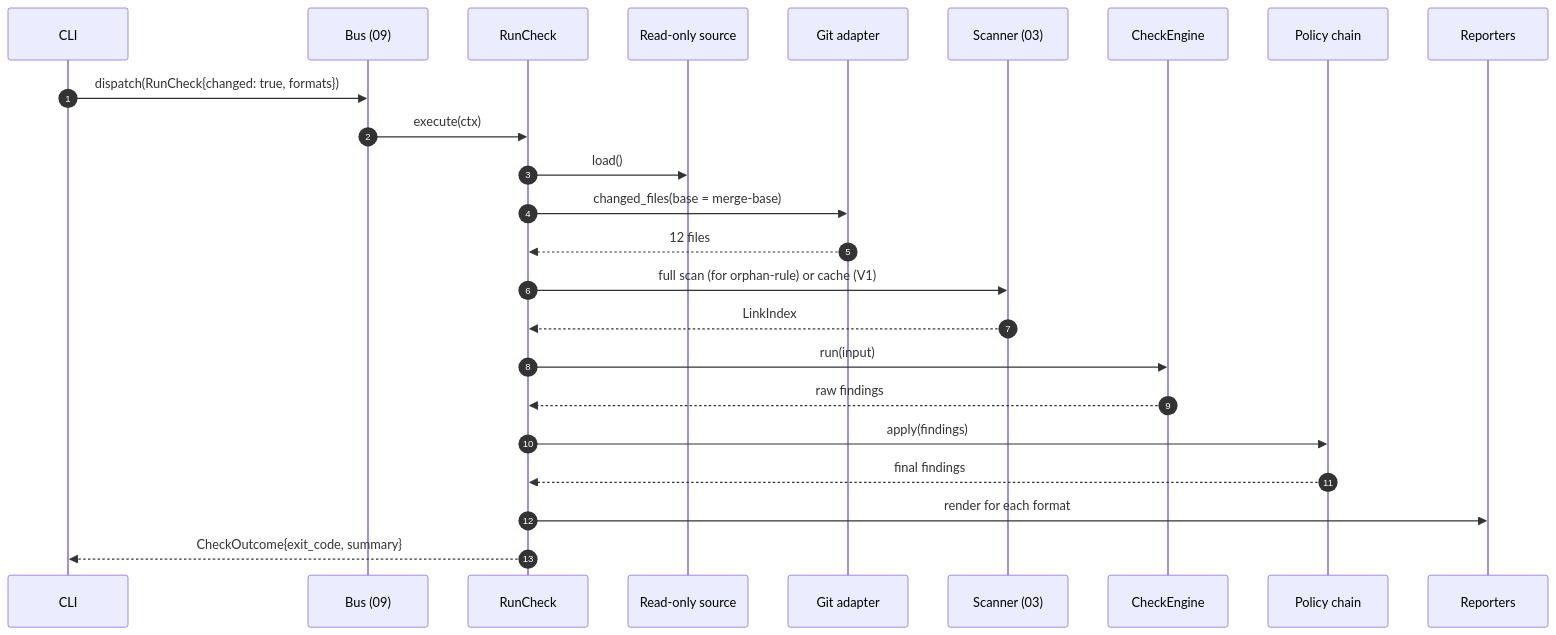
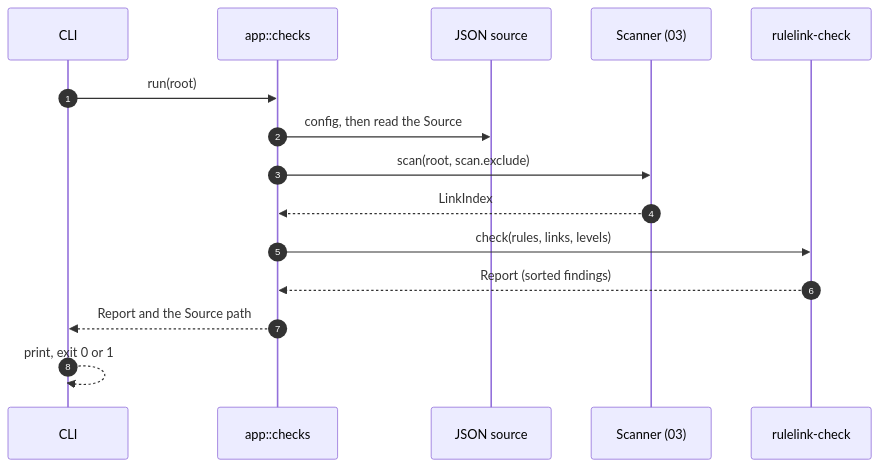
Before and after one commit to E-Jacques/Rulelink: the fourth of 5 diagrams in docs/architecture/04-checks.md, drawn with Mermaid. The commit also changed other lines of this file and 42 other files, not shown here.

First line of the commit message:
feat(cli): add rulelink check, reporting broken links between Rules and code (#62)

````diff
--- a/docs/architecture/04-checks.md
+++ b/docs/architecture/04-checks.md
@@ -231,27 +217,18 @@
 ```mermaid
 sequenceDiagram
     autonumber
     participant CLI
-    participant BUS as Bus (09)
-    participant RC as RunCheck
-    participant SRC as Read-only source
-    participant GIT as Git adapter
+    participant APP as app::checks
+    participant SRC as JSON source
     participant LNK as Scanner (03)
-    participant ENG as CheckEngine
-    participant POL as Policy chain
-    participant REP as Reporters
+    participant ENG as rulelink-check
 
-    CLI->>BUS: dispatch(RunCheck{changed: true, formats})
-    BUS->>RC: execute(ctx)
-    RC->>SRC: load()
-    RC->>GIT: changed_files(base = merge-base)
-    GIT-->>RC: 12 files
-    RC->>LNK: full scan (for orphan-rule) or cache (V1)
-    LNK-->>RC: LinkIndex
-    RC->>ENG: run(input)
-    ENG-->>RC: raw findings
-    RC->>POL: apply(findings)
-    POL-->>RC: final findings
-    RC->>REP: render for each format
-    RC-->>CLI: CheckOutcome{exit_code, summary}
+    CLI->>APP: run(root)
+    APP->>SRC: config, then read the Source
+    APP->>LNK: scan(root, scan.exclude)
+    LNK-->>APP: LinkIndex
+    APP->>ENG: check(rules, links, levels)
+    ENG-->>APP: Report (sorted findings)
+    APP-->>CLI: Report and the Source path
+    CLI-->>CLI: print, exit 0 or 1
 ```
````
